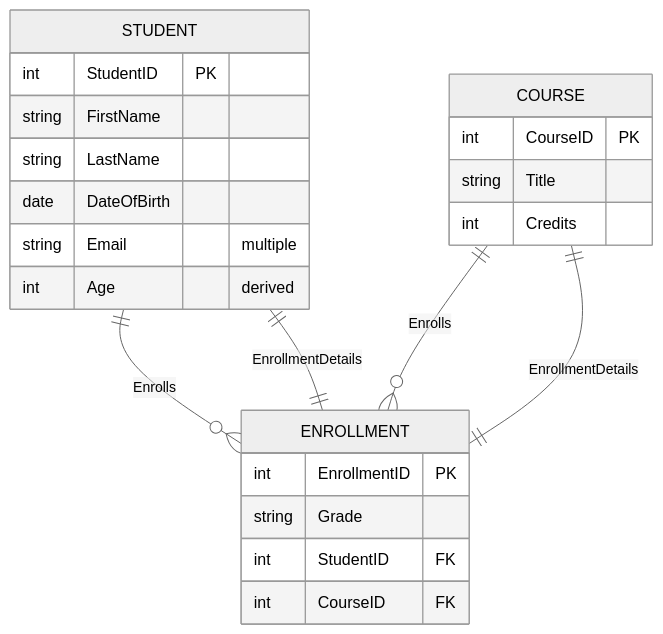
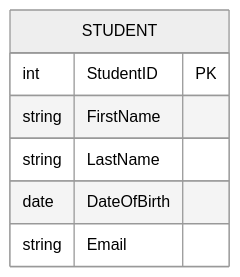
The diagram in Notes Factory/Semister 3/Rough Work/sample.md (P7XCKD/NF), drawn with Mermaid (neutral theme) before and after one commit.

Commit message:
create/update 'sample.md' file

````diff
--- a/Notes Factory/Semister 3/Rough Work/sample.md
+++ b/Notes Factory/Semister 3/Rough Work/sample.md
@@ -1,30 +1,11 @@
 ```mermaid
 erDiagram
     STUDENT {
         int StudentID PK
         string FirstName
         string LastName
         date DateOfBirth
-        string Email "multiple"
-        int Age "derived"
+        string Email
     }
 
-    COURSE {
-        int CourseID PK
-        string Title
-        int Credits
-    }
-
-    ENROLLMENT {
-        int EnrollmentID PK
-        string Grade
-        int StudentID FK
-        int CourseID FK
-    }
-
-    STUDENT ||--o{ ENROLLMENT : Enrolls
-    COURSE ||--o{ ENROLLMENT : Enrolls
-    STUDENT ||--|| ENROLLMENT : EnrollmentDetails
-    COURSE ||--|| ENROLLMENT : EnrollmentDetails
-
 ```
````
